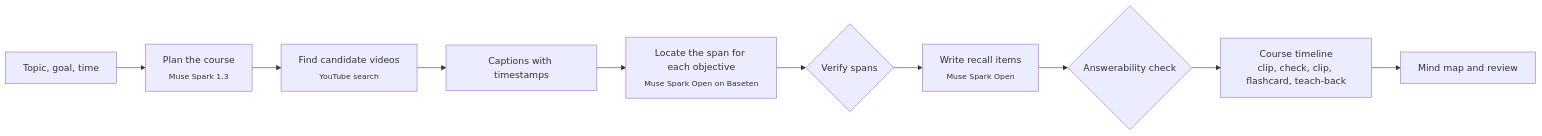
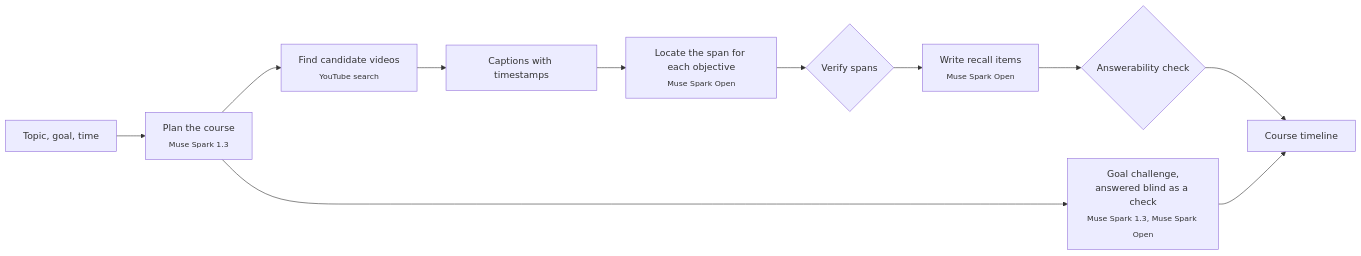
Before and after one commit to rishulmatta/shifu: the first of 2 diagrams in README.md, drawn with Mermaid. The commit also changed other lines of this file and 4 other files, not shown here.

````diff
--- a/README.md
+++ b/README.md
@@ -59,12 +57,13 @@
 ```mermaid
 flowchart LR
   T["Topic, goal, time"] --> P["Plan the course<br/><sub>Muse Spark 1.3</sub>"]
+  P --> G["Goal challenge,<br/>answered blind as a check<br/><sub>Muse Spark 1.3, Muse Spark Open</sub>"]
   P --> D["Find candidate videos<br/><sub>YouTube search</sub>"]
   D --> C["Captions with timestamps"]
-  C --> L["Locate the span for each objective<br/><sub>Muse Spark Open on Baseten</sub>"]
+  C --> L["Locate the span for each objective<br/><sub>Muse Spark Open</sub>"]
   L --> V{"Verify spans"}
   V --> R["Write recall items<br/><sub>Muse Spark Open</sub>"]
   R --> A{"Answerability check"}
-  A --> K["Course timeline<br/>clip, check, clip, flashcard, teach-back"]
-  K --> M["Mind map and review"]
+  A --> K["Course timeline"]
+  G --> K
 ```
````
